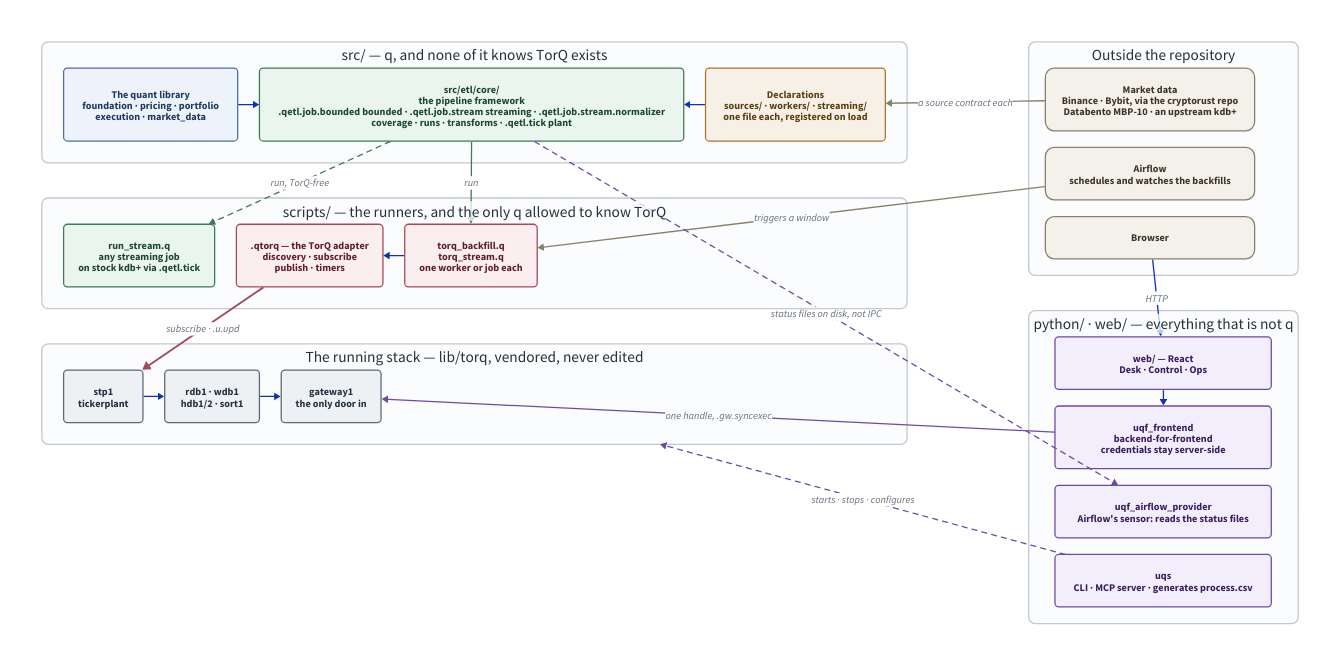
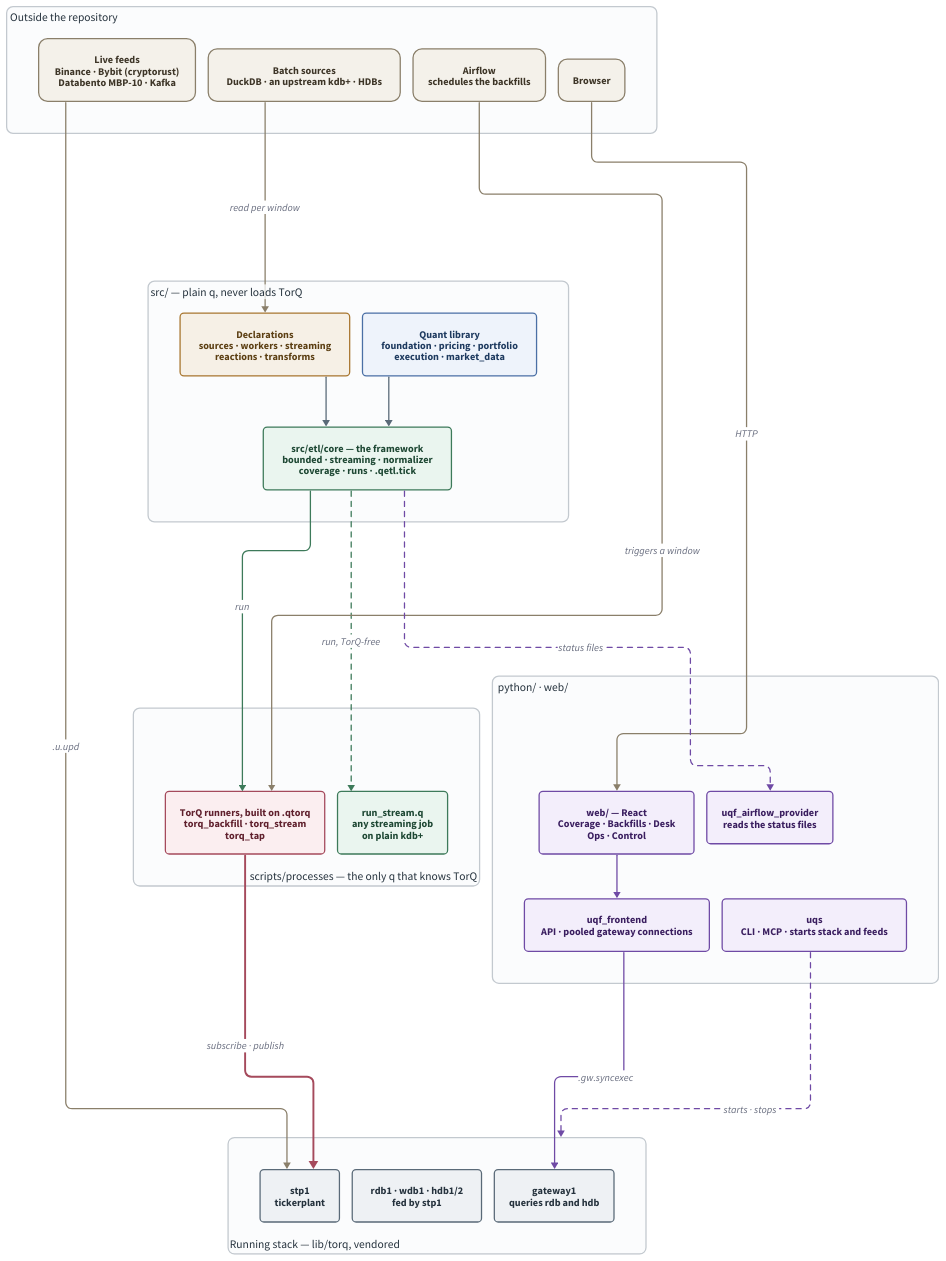
One commit to kwojdalski/uqf changed the diagram in docs/diagrams/repo-overview.d2. Above: the diagram before and after it, drawn with D2. The commit also changed 2 other files, not shown here.

Commit message:
Redraw the repo overview diagram, and bring it up to date
Same d2 v0.9.0 source and palette, laid out with ELK instead of a fixed
two-column grid. The grid drew its cross-column edges as straight lines,
so five of them cut diagonally across the page and two ran through band
titles. ELK routes every edge at right angles round the boxes; each band's
title sits on the side no edge uses.

What had gone stale:
- The live feeds were drawn into the declarations. They are external
  publishers uqs starts, calling .u.upd on the tickerplant directly; only
  the batch sources are read through a source contract, per window.
- Kafka and the batch sources (DuckDB, an upstream kdb+, HDBs) were missing.
- torq_tap.q joins the TorQ runners, all built on .qtorq.
- The web views are Coverage, Backfills, Desk, Ops and Control.
- uqf_frontend pools its gateway connections now (#655), not one handle.

The header records why the layout is the way it is, including that ELK
breaks ties by declaration order, so a reorder needs a look at the render.

Claude-Session: https://claude.ai/code/session_0159jvRhypR4mvdm4tfCj3EM

```diff
--- a/docs/diagrams/repo-overview.d2
+++ b/docs/diagrams/repo-overview.d2
@@ -14,48 +14,57 @@
 # published interface, so a reader can go and open it.
 #
 # The property worth drawing over all others is the TorQ boundary. Every q
-# file under src/ loads in a plain q process with no TorQ present (bank
-# rule), which is what lets a worker or a streaming job be tested against a
-# recorder instead of a tickerplant. Exactly one namespace may know TorQ
-# exists - .qtorq, in scripts/ - and scripts/gates/check_etl_layering.py fails the
-# build if anything under src/etl/ reaches for it. So the adapter gets its
-# own band, and every arrow into the TorQ stack passes through it.
+# file under src/ loads in a plain q process with no TorQ present, which is
+# what lets a worker or a streaming job be tested against a recorder instead
+# of a tickerplant. Only scripts/processes may know TorQ exists - its runners
+# build on .qtorq (torq_pipeline.q) - and scripts/gates/check_etl_layering.py
+# fails the build if anything under src/etl/ reaches for it. So the runners
+# get their own band, and the pipeline's only arrow into the stack leaves
+# from there. run_stream.q sits beside them because it is a runner too, but
+# it runs a streaming job on stock kdb+ against .qetl.tick and never loads
+# lib/torq.
 #
-# TorQ is not the only way to run a job any more, and the band says so:
-# run_stream.q runs any streaming job on stock kdb+, against .qetl.tick - a
-# plain-q tickerplant in src/etl/core/ - and never loads lib/torq. It sits in
-# scripts/ beside the TorQ runners because it is a runner too, but its arrow
-# stays inside the left column: it goes back to src/, not down to the stack.
+# THE LIVE FEEDS DO NOT GO THROUGH src/. The cryptorust recorders, the
+# Databento handler and the Kafka consumer are external publishers that uqs
+# starts: each opens its own IPC handle to the tickerplant and calls .u.upd
+# (python/uqs/src/uqs/external/). A streaming job then subscribes to what
+# they publish. The batch sources are the other way round: a bounded worker
+# reads them, one window at a time, through a source contract declared under
+# src/etl/sources/. An earlier version of this diagram drew every feed into
+# the declarations, which was true of neither.
 #
-# ON SIZE. A holistic diagram earns its place by being READ, so this is kept
-# to boxes a reader takes in at once: a directory each, one line of what it
-# is. The first draft carried every namespace in the tree and rendered
-# 6107px wide, which in a README is a thumbnail nobody opens. Detail belongs
-# on the page that needs it.
+# LAYOUT. ELK, top to bottom, so every edge is drawn at right angles and
+# routed round the boxes rather than across them. The version before was a
+# fixed two-column grid; a grid draws its cross-column edges as straight
+# lines, and five of them cut diagonally across the page and through the
+# band titles. Two consequences of ELK shape the source below:
+#
+# - Each band's title sits on the side its edges do not use: scripts' at
+#   bottom-right, because both edges enter it from the top and its one edge
+#   leaves from the left of its bottom; the stack's at bottom-left, because
+#   every edge enters it from above. Move an edge and check its band's title.
+# - ELK lays a container's children out in the global direction, so a band
+#   whose boxes are joined by an edge stacks them vertically. The stack's
+#   three processes and the runners therefore carry their flow in their
+#   labels ("fed by stp1") rather than as edges, which keeps each band one row.
+#
+# ON SIZE. A holistic diagram earns its place by being READ, so it is kept to
+# boxes a reader takes in at once: a directory each, a line or two of what it
+# is. Detail belongs on the page that needs it.
 #
 # ON COLOUR. Light fills with dark text in BOTH themes, rather than a d2
 # --dark-theme pairing: d2 still applies explicit styles in dark mode
 # (d2lang/d2#831), so a theme pair leaves half the diagram unreadable. A
 # light card on GitHub's dark background reads fine; a dark fill behind a
-# dark label does not.
+# dark label does not. An edge takes the colour of the box that owns the
+# relationship: brown from outside, green from the framework, red from the
+# TorQ runners, purple from Python.
 
 direction: down
 
-# A GRID, not dagre's free layout. This is a map, and a map has a fixed
-# arrangement - dagre placed the bands by edge weight instead, putting
-# scripts/ above src/ and the running stack in the middle.
-#
-# TWO COLUMNS, not five stacked bands. Stacked, the pipeline's own order
-# (declare, run, publish) read correctly top to bottom, but then every edge
-# from the Python surface had to cross it: the BFF reaching the gateway
-# traversed four bands and three boxes on the way. With the pipeline as one
-# column and everything that talks to it alongside the band it talks to,
-# those become short sideways hops.
-grid-columns: 2
-grid-gap: 80
-
 vars: {
   d2-config: {
+    layout-engine: elk
     pad: 40
   }
 }
@@ -118,148 +127,94 @@
     }
   }
   band: {
+    label.near: top-left
     style: {
       fill: "#fbfcfd"
       stroke: "#c3c9cf"
       font-color: "#25323d"
       stroke-width: 2
       border-radius: 10
+      font-size: 18
     }
   }
 }
 
-# ============================================ left column: the q pipeline
+# ================================================================== bands
+#
+# DECLARATION ORDER IS LAYOUT. ELK breaks ties by the order bands, boxes and
+# edges appear here, and reordering them - even to read more naturally - has
+# put "triggers a window" across "status files" and an edge through src/'s
+# title. Re-render and look before committing any reorder.
 
-pipeline: "" {
-  grid-rows: 3
-  grid-gap: 55
-  style: {
-    fill: transparent
-    stroke: transparent
-  }
+outside: "Outside the repository" {
+  class: band
 
-  src: "src/ — q, and none of it knows TorQ exists" {
-    class: band
-    grid-columns: 3
-    grid-gap: 34
-
-    # Column order is chosen, not incidental: whatever a box connects to
-    # outside this band sits on the side nearest it. Declarations are on the
-    # right because the feeds declare into them; with them on the left the
-    # edge crossed the band and dropped its label on top of the quant
-    # library's.
-    quant: "The quant library\nfoundation · pricing · portfolio\nexecution · market_data" { class: lib }
-    core: "src/etl/core/\nthe pipeline framework\n.qetl.job.bounded bounded · .qetl.job.stream streaming · .qetl.job.stream.normalizer\ncoverage · runs · transforms · .qetl.tick plant" { class: fw }
-    decls: "Declarations\nsources/ · workers/ · streaming/\none file each, registered on load" { class: decl }
-
-    decls -> core
-    quant -> core
-  }
-
-  scripts: "scripts/ — the runners, and the only q allowed to know TorQ" {
-    class: band
-    grid-columns: 3
-    grid-gap: 34
-
-    # Same rule: the TorQ runners on the right, because Airflow triggers
-    # them from there, and .qtorq beside the tickerplant it publishes into
-    # in the band below. run_stream.q takes the far left: it has no edge
-    # leaving the band, and on the right Airflow's edge and the status-file
-    # edge both ran straight through it.
-    #
-    # The status-file edge from src/etl/core/ to the Airflow provider leaves
-    # across this band's right-hand gap. With one-line labels the three boxes
-    # spread far enough right to put the runners in its way, so the labels
-    # wrap and the boxes stay narrow enough to leave that gap clear.
-    standalone: "run_stream.q\nany streaming job\non stock kdb+ via .qetl.tick" { class: fw }
-    qtorq: ".qtorq — the TorQ adapter\ndiscovery · subscribe\npublish · timers" { class: adapter }
-    runners: "torq_backfill.q\ntorq_stream.q\none worker or job each" { class: adapter }
-
-    runners -> qtorq
-  }
-
-  stack: "The running stack — lib/torq, vendored, never edited" {
-    class: band
-    grid-columns: 3
-    grid-gap: 34
-
-    tp: "stp1\ntickerplant" { class: runtime }
-    store: "rdb1 · wdb1\nhdb1/2 · sort1" { class: runtime }
-    gw: "gateway1\nthe only door in" { class: runtime }
-
-    tp -> store
-    store -> gw
-  }
-
-  src.core -> scripts.runners: "run" { style.stroke: "#3d7a5a" }
-  src.core -> scripts.standalone: "run, TorQ-free" {
-    style.stroke: "#3d7a5a"
-    style.stroke-dash: 4
-  }
-  scripts.qtorq -> stack.tp: "subscribe · .u.upd" {
-    style.stroke: "#a54a5c"
-    style.stroke-width: 3
-  }
+  live: "Live feeds\nBinance · Bybit (cryptorust)\nDatabento MBP-10 · Kafka" { class: ext }
+  batch: "Batch sources\nDuckDB · an upstream kdb+ · HDBs" { class: ext }
+  airflow: "Airflow\nschedules the backfills" { class: ext }
+  browser: "Browser" { class: ext }
 }
 
-# ========================================= right column: what talks to it
+src: "src/ — plain q, never loads TorQ" {
+  class: band
 
-surfaces: "" {
-  grid-rows: 2
-  grid-gap: 55
-  style: {
-    fill: transparent
-    stroke: transparent
-  }
+  decls: "Declarations\nsources · workers · streaming\nreactions · transforms" { class: decl }
+  quant: "Quant library\nfoundation · pricing · portfolio\nexecution · market_data" { class: lib }
+  core: "src/etl/core — the framework\nbounded · streaming · normalizer\ncoverage · runs · .qetl.tick" { class: fw }
 
-  outside: "Outside the repository" {
-    class: band
-    grid-columns: 1
-    grid-gap: 26
-
-    feeds: "Market data\nBinance · Bybit, via the cryptorust repo\nDatabento MBP-10 · an upstream kdb+" { class: ext }
-    airflow: "Airflow\nschedules and watches the backfills" { class: ext }
-    browser: "Browser" { class: ext }
-  }
-
-  py: "python/ · web/ — everything that is not q" {
-    class: band
-    grid-columns: 1
-    grid-gap: 26
-
-    web: "web/ — React\nDesk · Control · Ops" { class: py }
-    bff: "uqf_frontend\nbackend-for-frontend\ncredentials stay server-side" { class: py }
-    provider: "uqf_airflow_provider\nAirflow's sensor: reads the status files" { class: py }
-    orch: "uqs\nCLI · MCP server · generates process.csv" { class: py }
-  }
-
-  outside.browser -> py.web: "HTTP"
-  py.web -> py.bff
-
-  # No Airflow -> provider edge, though Airflow is what runs the sensor.
-  # Drawn, it ran the length of the right-hand column and passed straight
-  # through web/ and the BFF to reach a box two rows down, and it said
-  # nothing the diagram did not already carry: Airflow triggers a window on
-  # one side and the status files reach the provider on the other. The
-  # relationship is in the box's own label instead.
+  decls -> core { style.stroke: "#5a6a78" }
+  quant -> core { style.stroke: "#5a6a78" }
 }
 
-# ================================================= edges across the columns
+scripts: "scripts/processes — the only q that knows TorQ" {
+  class: band
+  label.near: bottom-right
 
-surfaces.outside.feeds -> pipeline.src.decls: "a source contract each" {
-  style.stroke: "#8a7f6a"
+  runners: "TorQ runners, built on .qtorq\ntorq_backfill · torq_stream\ntorq_tap" { class: adapter }
+  standalone: "run_stream.q\nany streaming job\non plain kdb+" { class: fw }
 }
-surfaces.outside.airflow -> pipeline.scripts.runners: "triggers a window" {
-  style.stroke: "#8a7f6a"
+
+stack: "Running stack — lib/torq, vendored" {
+  class: band
+  label.near: bottom-left
+
+  tp: "stp1\ntickerplant" { class: runtime }
+  store: "rdb1 · wdb1 · hdb1/2\nfed by stp1" { class: runtime }
+  gw: "gateway1\nqueries rdb and hdb" { class: runtime }
 }
-pipeline.src.core -> surfaces.py.provider: "status files on disk, not IPC" {
+
+py: "python/ · web/" {
+  class: band
+
+  web: "web/ — React\nCoverage · Backfills · Desk\nOps · Control" { class: py }
+  bff: "uqf_frontend\nAPI · pooled gateway connections" { class: py }
+  provider: "uqf_airflow_provider\nreads the status files" { class: py }
+  uqs: "uqs\nCLI · MCP · starts stack and feeds" { class: py }
+
+  web -> bff { style.stroke: "#6f4aa5" }
+}
+
+# ================================================================== edges
+
+outside.live -> stack.tp: ".u.upd" { style.stroke: "#8a7f6a" }
+outside.batch -> src.decls: "read per window" { style.stroke: "#8a7f6a" }
+src.core -> scripts.runners: "run" { style.stroke: "#3d7a5a" }
+src.core -> scripts.standalone: "run, TorQ-free" {
+  style.stroke: "#3d7a5a"
+  style.stroke-dash: 4
+}
+scripts.runners -> stack.tp: "subscribe · publish" {
+  style.stroke: "#a54a5c"
+  style.stroke-width: 3
+}
+outside.airflow -> scripts.runners: "triggers a window" { style.stroke: "#8a7f6a" }
+outside.browser -> py.web: "HTTP" { style.stroke: "#8a7f6a" }
+py.bff -> stack.gw: ".gw.syncexec" { style.stroke: "#6f4aa5" }
+src.core -> py.provider: "status files" {
   style.stroke: "#6f4aa5"
   style.stroke-dash: 4
 }
-surfaces.py.bff -> pipeline.stack.gw: "one handle, .gw.syncexec" {
-  style.stroke: "#6f4aa5"
-}
-surfaces.py.orch -> pipeline.stack: "starts · stops · configures" {
+py.uqs -> stack: "starts · stops" {
   style.stroke: "#6f4aa5"
   style.stroke-dash: 4
 }
```
